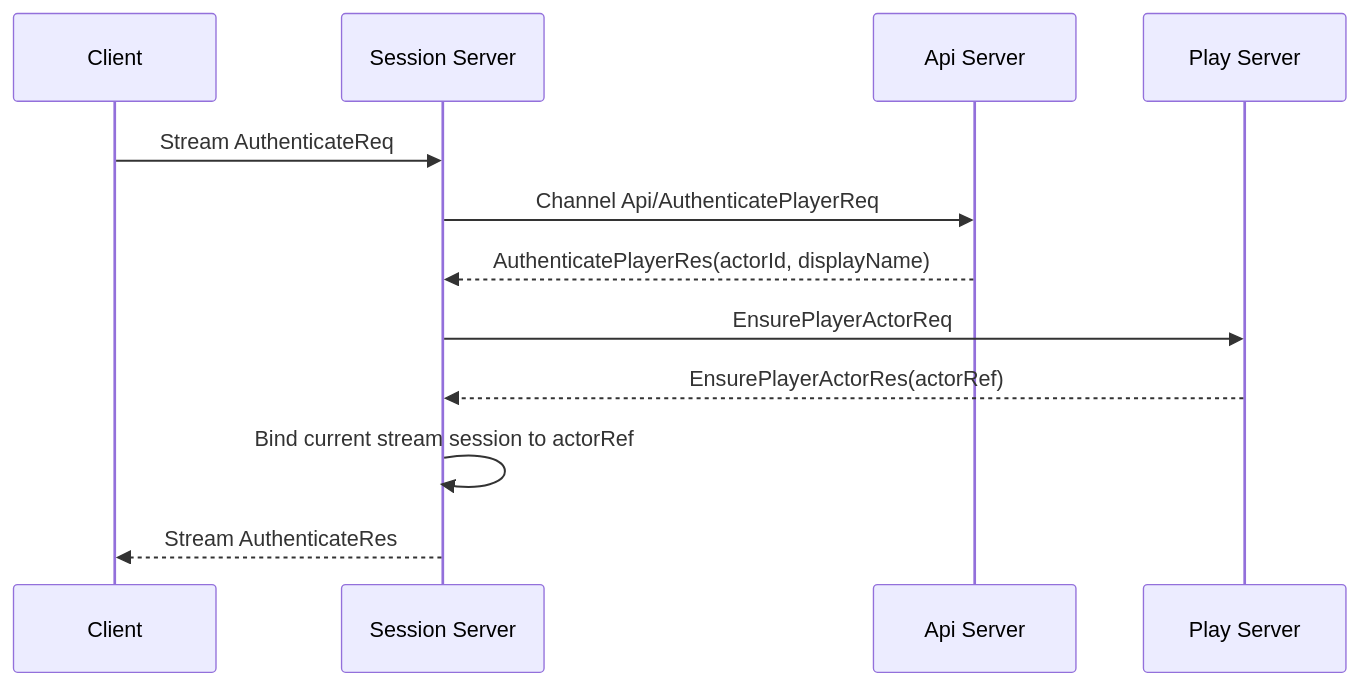
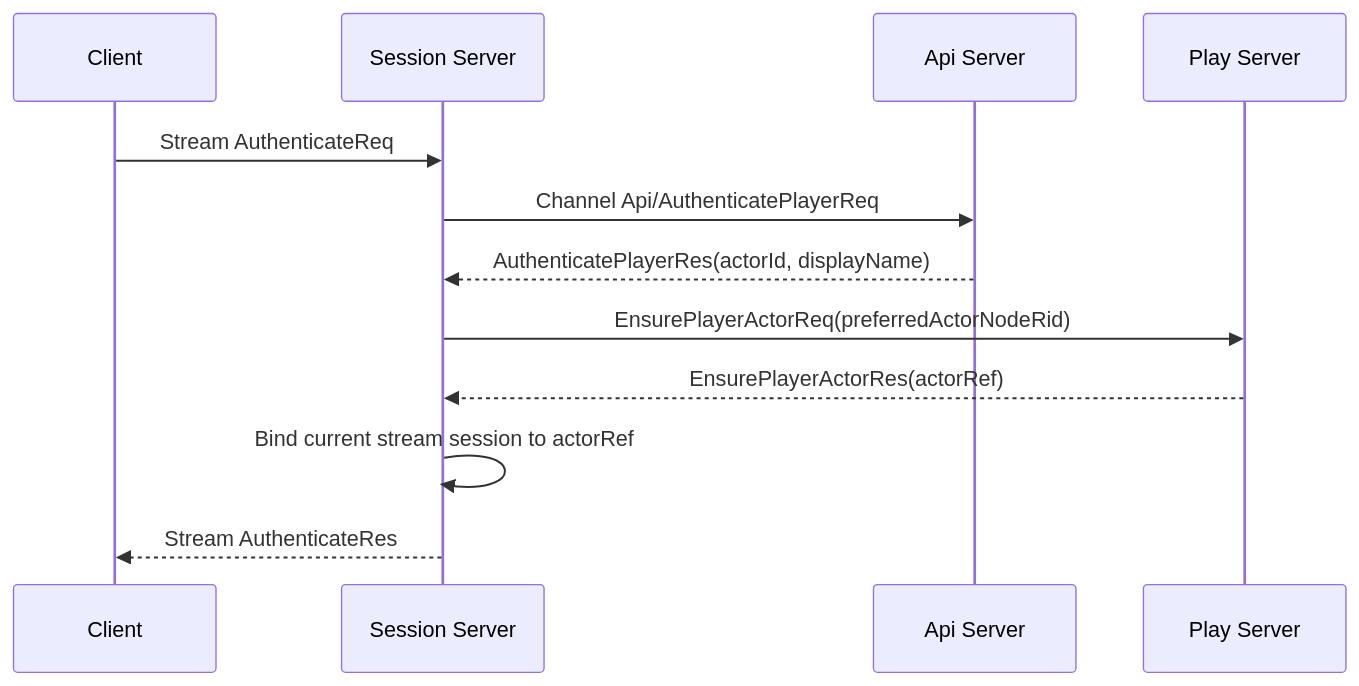
Before and after one commit to kairos-code-dev/zlink: the second of 5 diagrams in framework/doc/framework/common/sample/bingo/README.ko.md, drawn with Mermaid. The commit also changed other lines of this file and 108 other files, not shown here.

````diff
--- a/framework/doc/framework/common/sample/bingo/README.ko.md
+++ b/framework/doc/framework/common/sample/bingo/README.ko.md
@@ -541,15 +735,15 @@
 ```mermaid
 sequenceDiagram
     participant C as Client
     participant S as Session Server
     participant API as Api Server
     participant P as Play Server
 
     C->>S: Stream AuthenticateReq
     S->>API: Channel Api/AuthenticatePlayerReq
     API-->>S: AuthenticatePlayerRes(actorId, displayName)
-    S->>P: EnsurePlayerActorReq
+    S->>P: EnsurePlayerActorReq(preferredActorNodeRid)
     P-->>S: EnsurePlayerActorRes(actorRef)
     S->>S: Bind current stream session to actorRef
     S-->>C: Stream AuthenticateRes
 ```
````
